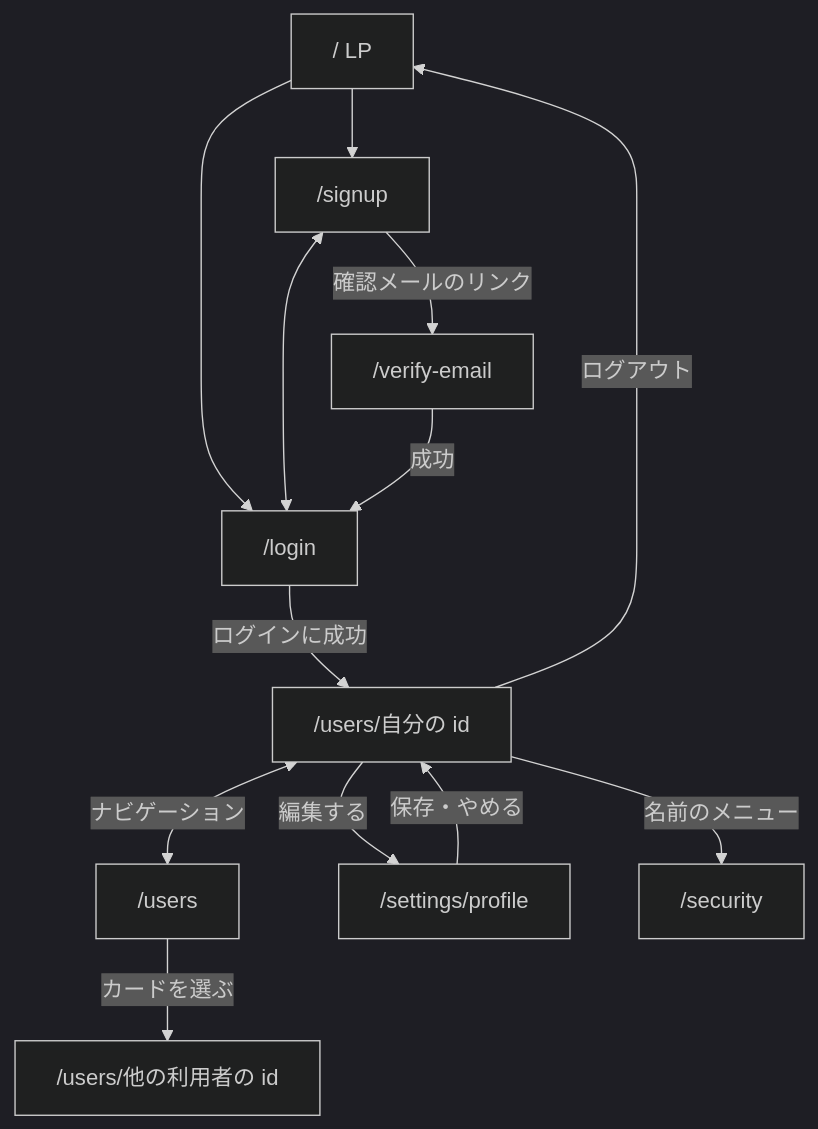
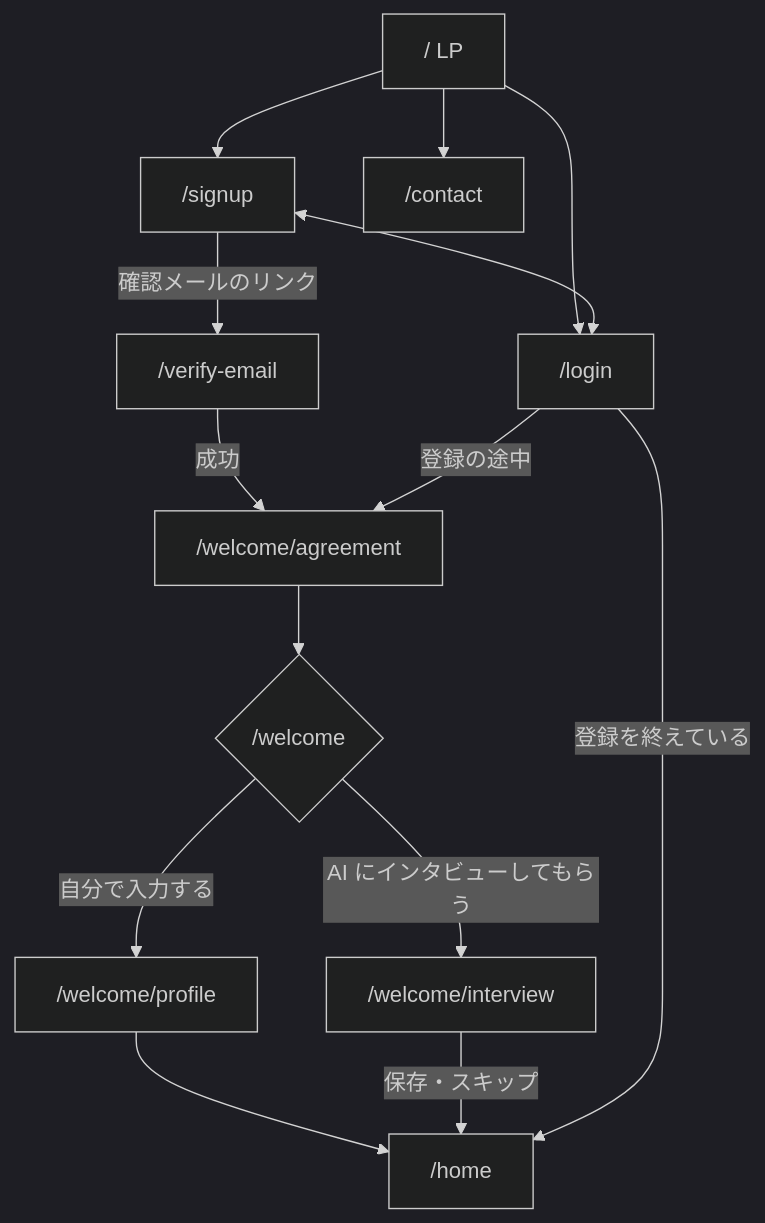
The second of 3 diagrams in apps/wiki/content/docs/pages/user-layout.md (masseater/typescript-template), drawn with Mermaid (dark theme) before and after one commit. The commit also changed other lines of this file and 3 other files, not shown here.

````diff
--- a/apps/wiki/content/docs/pages/user-layout.md
+++ b/apps/wiki/content/docs/pages/user-layout.md
@@ -70,15 +134,16 @@
 ```mermaid
 flowchart TD
   lp["/ LP"] --> signup["/signup"]
   lp --> login["/login"]
+  lp --> contact["/contact"]
   signup <--> login
   signup -- 確認メールのリンク --> verify["/verify-email"]
-  verify -- 成功 --> login
-  login -- ログインに成功 --> home["/users/自分の id"]
-  home <-- ナビゲーション --> users["/users"]
-  users -- カードを選ぶ --> profile["/users/他の利用者の id"]
-  home -- 編集する --> edit["/settings/profile"]
-  edit -- "保存・やめる" --> home
-  home -- 名前のメニュー --> security["/security"]
-  home -- ログアウト --> lp
+  verify -- 成功 --> agree["/welcome/agreement"]
+  agree --> choose{"/welcome"}
+  choose -- 自分で入力する --> basic["/welcome/profile"]
+  choose -- AI にインタビューしてもらう --> interview["/welcome/interview"]
+  basic --> home["/home"]
+  interview -- "保存・スキップ" --> home
+  login -- 登録の途中 --> agree
+  login -- 登録を終えている --> home
 ```
````
